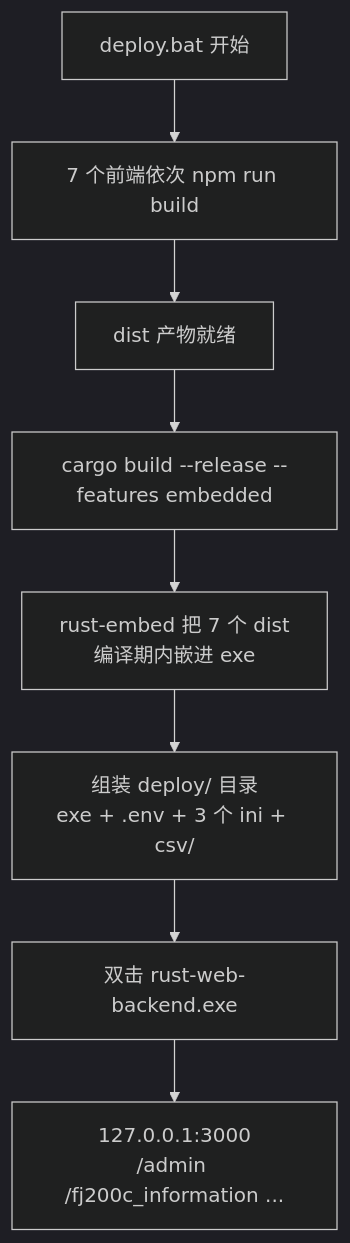
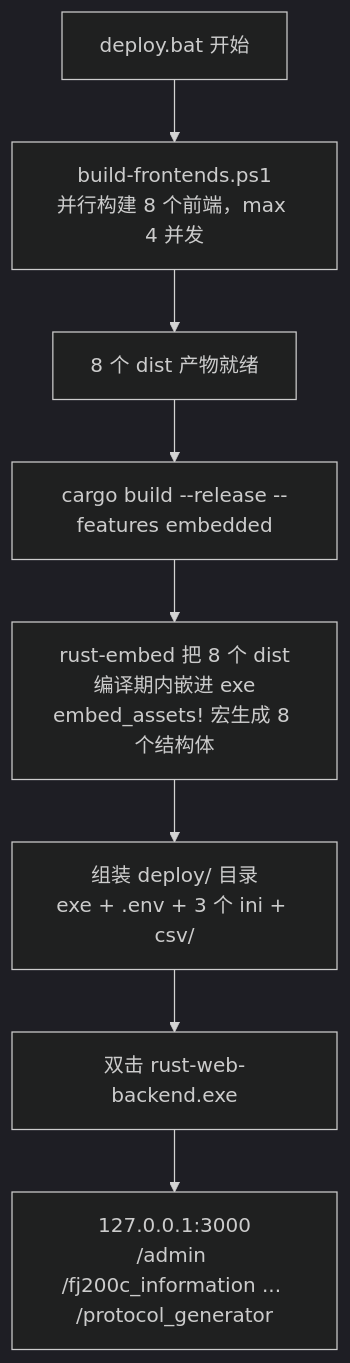
The ninth of 17 diagrams in docs/tutorial/01-项目全景.md (3123958139/RustWeb-Vue), drawn with Mermaid (dark theme) before and after one commit. The commit also changed other lines of this file and 8 other files, not shown here.

````diff
--- a/docs/tutorial/01-项目全景.md
+++ b/docs/tutorial/01-项目全景.md
@@ -482,10 +556,10 @@
 ```mermaid
 flowchart TD
-    A[deploy.bat 开始] --> B[7 个前端依次 npm run build]
-    B --> C[dist 产物就绪]
-    C --> D[cargo build --release --features embedded]
-    D --> E[rust-embed 把 7 个 dist<br/>编译期内嵌进 exe]
+    A[deploy.bat 开始] --> A1[build-frontends.ps1<br/>并行构建 8 个前端，max 4 并发]
+    A1 --> B[8 个 dist 产物就绪]
+    B --> D[cargo build --release --features embedded]
+    D --> E[rust-embed 把 8 个 dist<br/>编译期内嵌进 exe<br/>embed_assets! 宏生成 8 个结构体]
     E --> F[组装 deploy/ 目录<br/>exe + .env + 3 个 ini + csv/]
     F --> G[双击 rust-web-backend.exe]
-    G --> H[127.0.0.1:3000<br/>/admin /fj200c_information ...]
+    G --> H[127.0.0.1:3000<br/>/admin /fj200c_information ... /protocol_generator]
 ```
````
